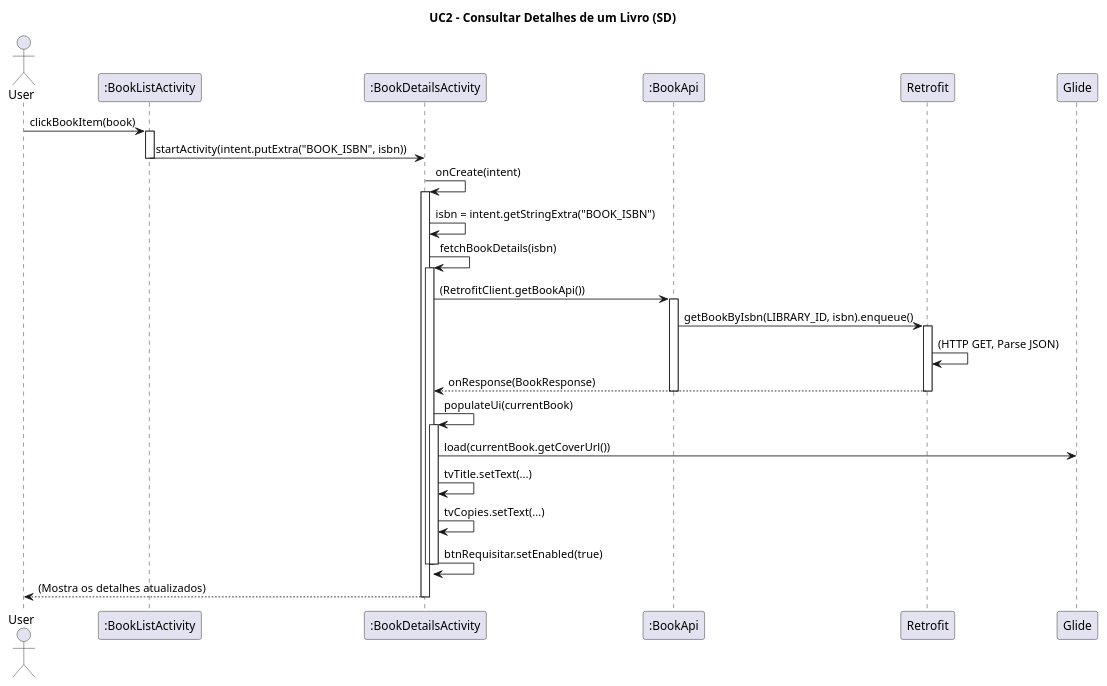
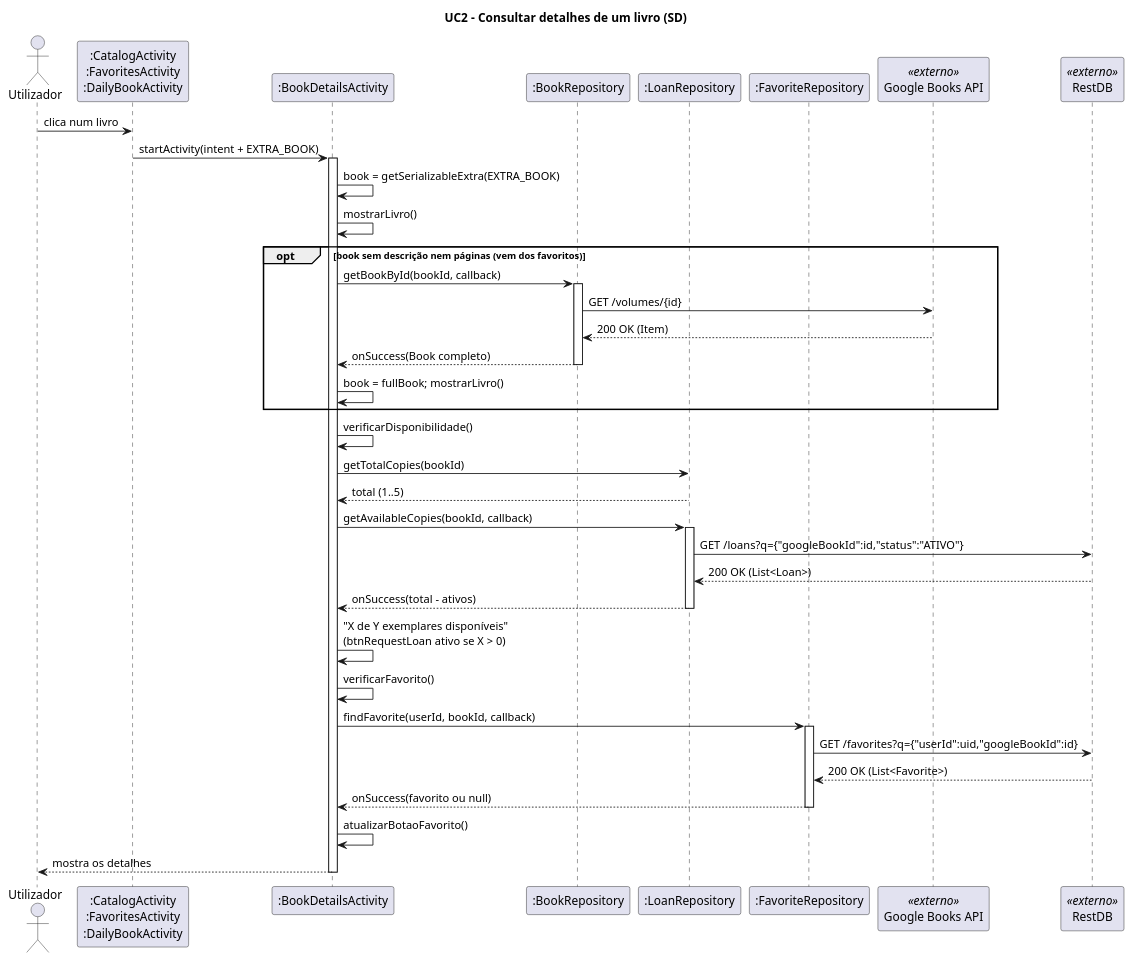
The diagram in app/docs/UCs/UC2-SD.puml (Diogo-29/DSSMV_ProjectDroid_1240632_1240857), drawn with PlantUML before and after one commit. The commit also changed 72 other files, not shown here.

```diff
--- a/app/docs/UCs/UC2-SD.puml
+++ b/app/docs/UCs/UC2-SD.puml
@@ -1,51 +1,48 @@
 @startuml
+title UC2 - Consultar detalhes de um livro (SD)
+skinparam sequenceMessageAlign left
 
-title UC2 - Consultar Detalhes de um Livro (SD)
+actor "Utilizador" as U
+participant ":CatalogActivity\n:FavoritesActivity\n:DailyBookActivity" as P
+participant ":BookDetailsActivity" as A
+participant ":BookRepository" as BR
+participant ":LoanRepository" as LR
+participant ":FavoriteRepository" as FR
+participant "Google Books API" as GB <<externo>>
+participant "RestDB" as DB <<externo>>
 
-actor User
-participant ":BookListActivity" as ListAct
-participant ":BookDetailsActivity" as DetailsAct
-participant ":BookApi" as Api
-participant "Retrofit" as Retrofit
-participant "Glide" as Glide
-
-User -> ListAct: clickBookItem(book)
-activate ListAct
-
-    ListAct -> DetailsAct: startActivity(intent.putExtra("BOOK_ISBN", isbn))
-    deactivate ListAct
-
-DetailsAct -> DetailsAct: onCreate(intent)
-activate DetailsAct
-
-    DetailsAct -> DetailsAct: isbn = intent.getStringExtra("BOOK_ISBN")
-
-    DetailsAct -> DetailsAct: fetchBookDetails(isbn)
-    activate DetailsAct
-
-        DetailsAct -> Api: (RetrofitClient.getBookApi())
-        activate Api
-
-        Api -> Retrofit: getBookByIsbn(LIBRARY_ID, isbn).enqueue()
-        activate Retrofit
-
-            Retrofit -> Retrofit: (HTTP GET, Parse JSON)
-
-        Retrofit --> DetailsAct: onResponse(BookResponse)
-        deactivate Retrofit
-        deactivate Api
-
-        DetailsAct -> DetailsAct: populateUi(currentBook)
-        activate DetailsAct
-            DetailsAct -> Glide: load(currentBook.getCoverUrl())
-            DetailsAct -> DetailsAct: tvTitle.setText(...)
-            DetailsAct -> DetailsAct: tvCopies.setText(...)
-            DetailsAct -> DetailsAct: btnRequisitar.setEnabled(true)
-        deactivate DetailsAct
-
-    deactivate DetailsAct
-
-    DetailsAct --> User: (Mostra os detalhes atualizados)
-deactivate DetailsAct
-
+U -> P: clica num livro
+P -> A: startActivity(intent + EXTRA_BOOK)
+activate A
+A -> A: book = getSerializableExtra(EXTRA_BOOK)
+A -> A: mostrarLivro()
+opt book sem descrição nem páginas (vem dos favoritos)
+  A -> BR: getBookById(bookId, callback)
+  activate BR
+  BR -> GB: GET /volumes/{id}
+  GB --> BR: 200 OK (Item)
+  BR --> A: onSuccess(Book completo)
+  deactivate BR
+  A -> A: book = fullBook; mostrarLivro()
+end
+A -> A: verificarDisponibilidade()
+A -> LR: getTotalCopies(bookId)
+LR --> A: total (1..5)
+A -> LR: getAvailableCopies(bookId, callback)
+activate LR
+LR -> DB: GET /loans?q={"googleBookId":id,"status":"ATIVO"}
+DB --> LR: 200 OK (List<Loan>)
+LR --> A: onSuccess(total - ativos)
+deactivate LR
+A -> A: "X de Y exemplares disponíveis"\n(btnRequestLoan ativo se X > 0)
+A -> A: verificarFavorito()
+A -> FR: findFavorite(userId, bookId, callback)
+activate FR
+FR -> DB: GET /favorites?q={"userId":uid,"googleBookId":id}
+DB --> FR: 200 OK (List<Favorite>)
+FR --> A: onSuccess(favorito ou null)
+deactivate FR
+A -> A: atualizarBotaoFavorito()
+A --> U: mostra os detalhes
+deactivate A
 @enduml
```
